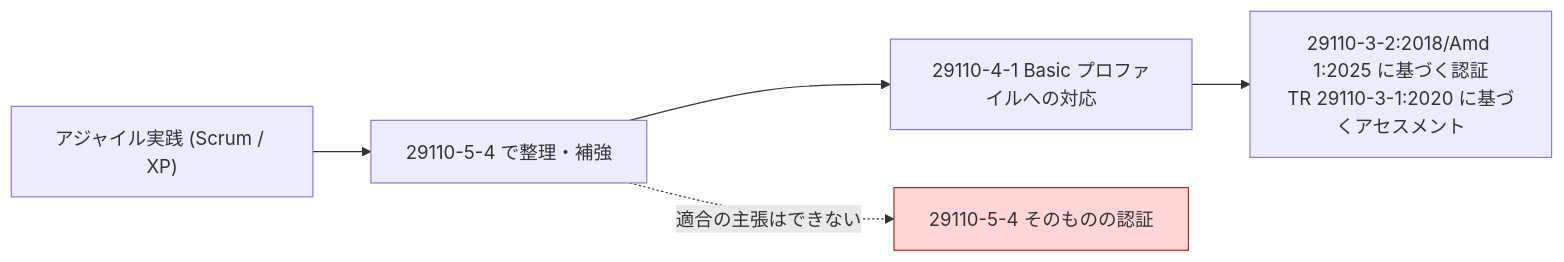
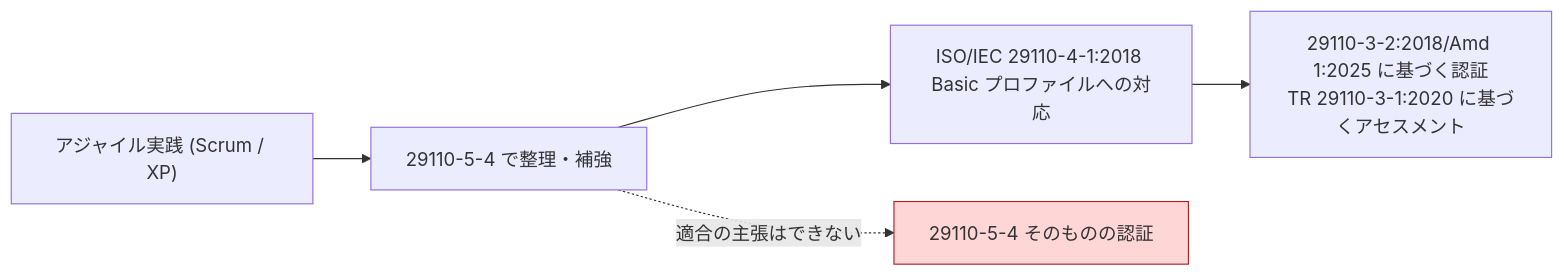
Before and after one commit to myoshi2891/Quality-Assurance-Studies: the ninth of 10 diagrams in Iso-iec-29110-5-4-2025-beginner-guide.md, drawn with Mermaid. The commit also changed other lines of this file and 2 other files, not shown here.

Commit message:
docs(iso-29110): ISO/IEC 29110 シリーズガイドの規格番号明記および最新動向の反映

````diff
--- a/Iso-iec-29110-5-4-2025-beginner-guide.md
+++ b/Iso-iec-29110-5-4-2025-beginner-guide.md
@@ -366,8 +366,8 @@
 ```mermaid
 flowchart LR
   A["アジャイル実践 (Scrum / XP)"] --> B["29110-5-4 で整理・補強"]
-  B --> C["29110-4-1 Basic プロファイルへの対応"]
+  B --> C["ISO/IEC 29110-4-1:2018 Basic プロファイルへの対応"]
   C --> D["29110-3-2:2018/Amd 1:2025 に基づく認証<br/>TR 29110-3-1:2020 に基づくアセスメント"]
   B -. "適合の主張はできない" .-> X["29110-5-4 そのものの認証"]
   style X fill:#ffd6d6,stroke:#b22222
 ```
````
